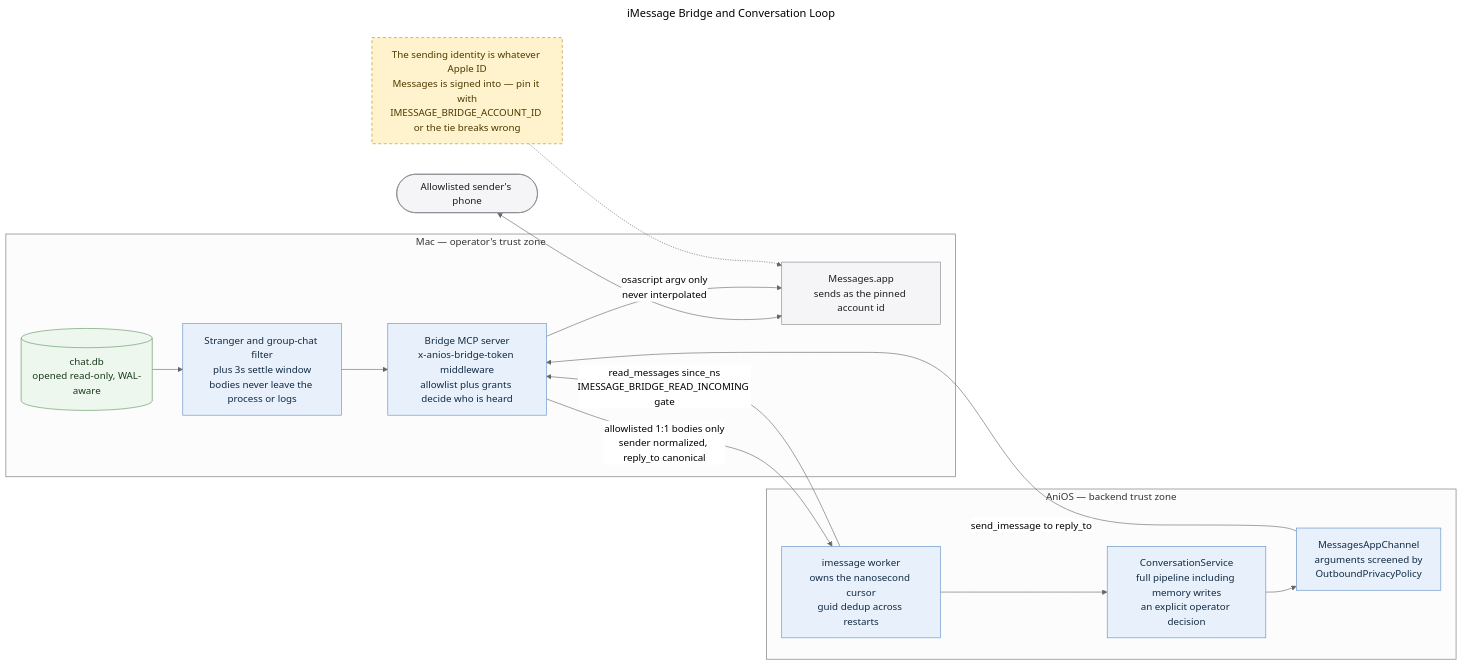
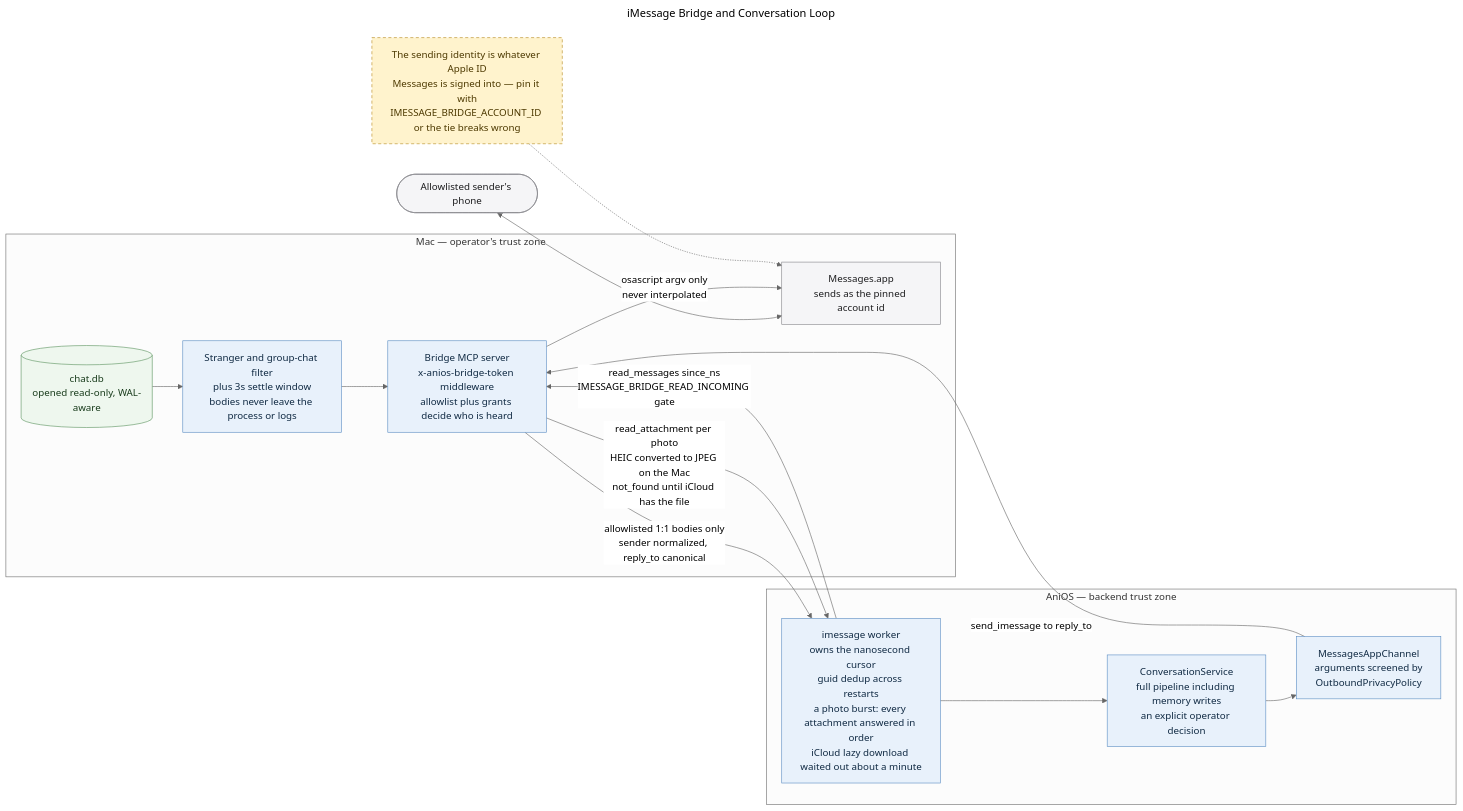
One commit to MallyaAni/PersonalAssistant changed the diagram in docs/diagrams/imessage-bridge.mmd. Above: the diagram before and after it, drawn with Mermaid (neutral theme). The commit also changed 28 other files, not shown here.

First line of the commit message:
Bring the architecture page up to date and record why the vector store is pgvector, not FAISS

```diff
--- a/docs/diagrams/imessage-bridge.mmd
+++ b/docs/diagrams/imessage-bridge.mmd
@@ -1,38 +1,39 @@
 ---
 title: iMessage Bridge and Conversation Loop
 ---
 flowchart LR
     Sender([Allowlisted sender's phone]) <--> Messages
 
     subgraph Mac[Mac — operator's trust zone]
         Messages[Messages.app<br/>sends as the pinned account id]
         ChatDB[(chat.db<br/>opened read-only, WAL-aware)]
         Bridge[Bridge MCP server<br/>x-anios-bridge-token middleware<br/>allowlist plus grants decide who is heard]
         Filter[Stranger and group-chat filter<br/>plus 3s settle window<br/>bodies never leave the process or logs]
         Bridge -->|osascript argv only<br/>never interpolated| Messages
         ChatDB --> Filter --> Bridge
     end
 
     subgraph AniOS[AniOS — backend trust zone]
-        Worker[imessage worker<br/>owns the nanosecond cursor<br/>guid dedup across restarts]
+        Worker[imessage worker<br/>owns the nanosecond cursor<br/>guid dedup across restarts<br/>a photo burst: every attachment answered in order<br/>iCloud lazy download waited out about a minute]
         Conversation[ConversationService<br/>full pipeline including memory writes<br/>an explicit operator decision]
         Channel[MessagesAppChannel<br/>arguments screened by<br/>OutboundPrivacyPolicy]
     end
 
     Worker -->|read_messages since_ns<br/>IMESSAGE_BRIDGE_READ_INCOMING gate| Bridge
     Bridge -->|allowlisted 1:1 bodies only<br/>sender normalized, reply_to canonical| Worker
+    Bridge -->|read_attachment per photo<br/>HEIC converted to JPEG on the Mac<br/>not_found until iCloud has the file| Worker
     Worker --> Conversation
     Conversation --> Channel
     Channel -->|send_imessage to reply_to| Bridge
 
     Identity[The sending identity is whatever Apple ID<br/>Messages is signed into — pin it with<br/>IMESSAGE_BRIDGE_ACCOUNT_ID or the tie breaks wrong]
     Identity -.-> Messages
 
     classDef interface fill:#f5f5f7,stroke:#86868b,color:#1d1d1f;
     classDef application fill:#e8f1fb,stroke:#5e8fc4,color:#102a43;
     classDef data fill:#eef7ee,stroke:#5f9562,color:#183b1b;
     classDef warning fill:#fff3cd,stroke:#b78b20,color:#4d3900,stroke-dasharray:5 4;
     class Sender,Messages interface;
     class Bridge,Filter,Worker,Conversation,Channel application;
     class ChatDB data;
     class Identity warning;
```
